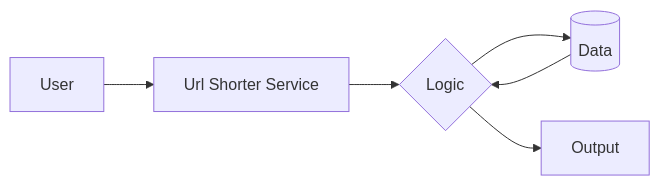
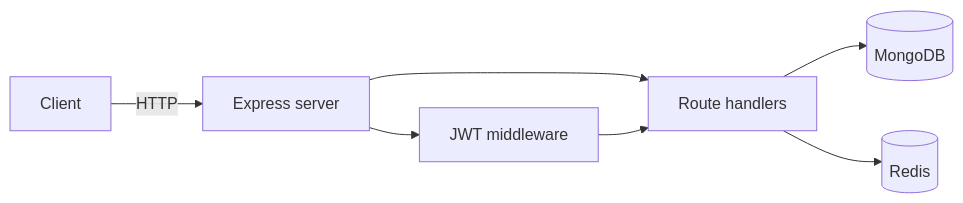
The diagram in README.md (ALPHAMAN-0/URL_Shorter_Service), drawn with Mermaid before and after one commit.

Commit message:
docs: replace generic architecture diagram with real one

````diff
--- a/README.md
+++ b/README.md
@@ -11,8 +11,9 @@
 ```mermaid
 flowchart LR
-    A[User] --> B[Url Shorter Service]
-    B --> C{Logic}
-    C --> D[(Data)]
-    C --> E[Output]
-    D --> C
+    Client[Client] -->|HTTP| Express[Express server]
+    Express --> Routes[Route handlers]
+    Routes --> Mongo[(MongoDB)]
+    Routes --> Cache[(Redis)]
+    Express --> Auth[JWT middleware]
+    Auth --> Routes
 ```
````
